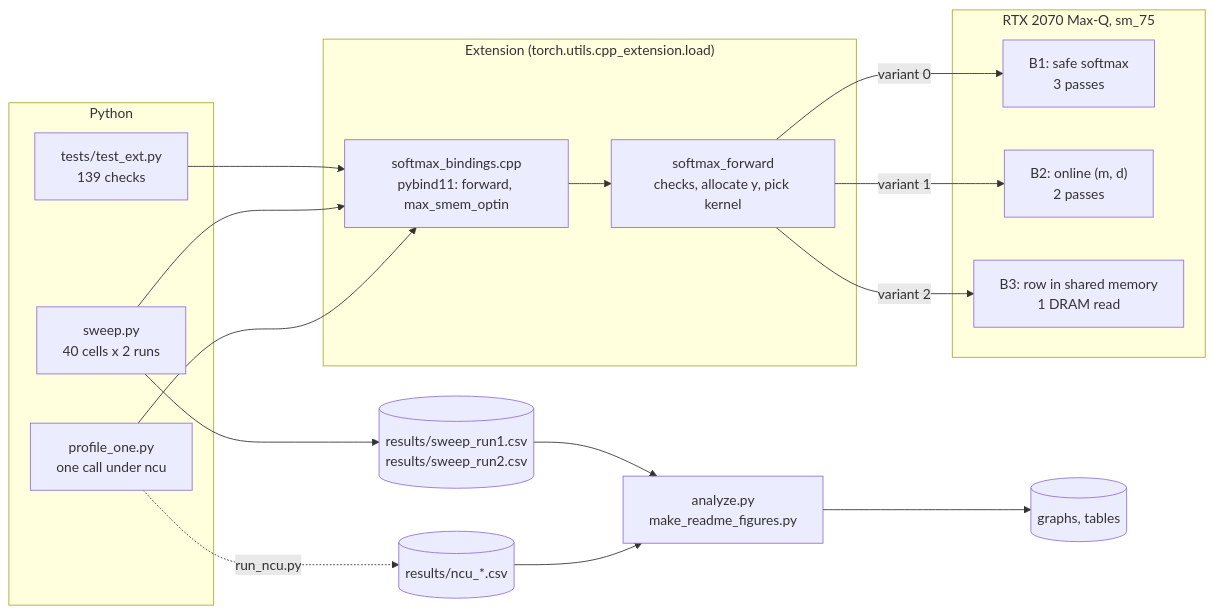
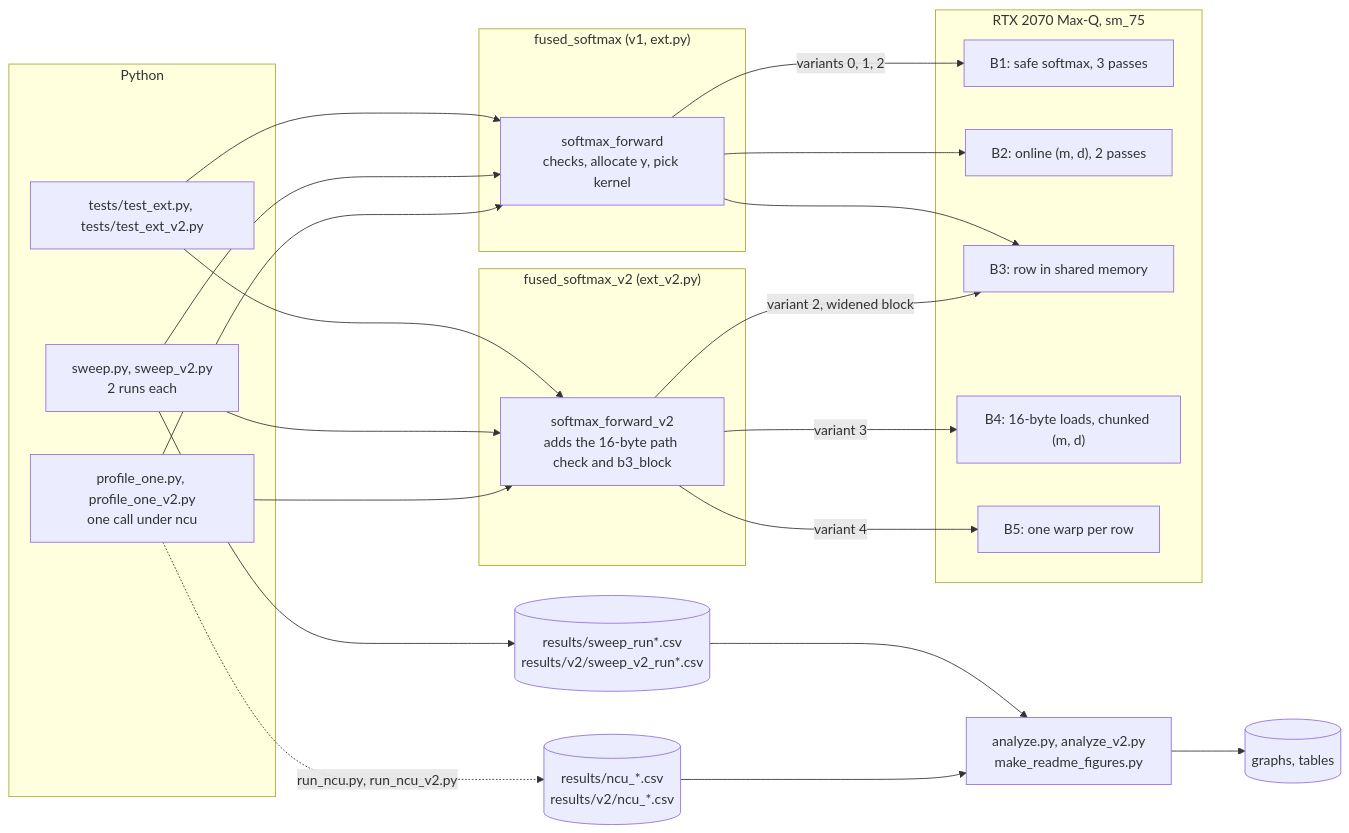
The first of 2 diagrams in README.md (Nischit290402/fused-online-softmax-cuda), drawn with Mermaid before and after one commit. The commit also changed other lines of this file and 17 other files, not shown here.

````diff
--- a/README.md
+++ b/README.md
@@ -38,29 +40,38 @@
 ```mermaid
 flowchart LR
     subgraph PY["Python"]
-        T["tests/test_ext.py<br/>139 checks"]
-        SW["sweep.py<br/>40 cells x 2 runs"]
-        PO["profile_one.py<br/>one call under ncu"]
+        T["tests/test_ext.py, tests/test_ext_v2.py"]
+        SW["sweep.py, sweep_v2.py<br/>2 runs each"]
+        PO["profile_one.py, profile_one_v2.py<br/>one call under ncu"]
     end
-    subgraph EXT["Extension (torch.utils.cpp_extension.load)"]
-        B["softmax_bindings.cpp<br/>pybind11: forward, max_smem_optin"]
-        F["softmax_forward<br/>checks, allocate y, pick kernel"]
+    subgraph EXT1["fused_softmax (v1, ext.py)"]
+        F1["softmax_forward<br/>checks, allocate y, pick kernel"]
+    end
+    subgraph EXT2["fused_softmax_v2 (ext_v2.py)"]
+        F2["softmax_forward_v2<br/>adds the 16-byte path check and b3_block"]
     end
     subgraph GPU["RTX 2070 Max-Q, sm_75"]
-        K1["B1: safe softmax<br/>3 passes"]
-        K2["B2: online (m, d)<br/>2 passes"]
-        K3["B3: row in shared memory<br/>1 DRAM read"]
+        K1["B1: safe softmax, 3 passes"]
+        K2["B2: online (m, d), 2 passes"]
+        K3["B3: row in shared memory"]
+        K4["B4: 16-byte loads, chunked (m, d)"]
+        K5["B5: one warp per row"]
     end
-    T --> B
-    SW --> B
-    PO --> B
-    B --> F
-    F -->|"variant 0"| K1
-    F -->|"variant 1"| K2
-    F -->|"variant 2"| K3
-    SW --> R1[("results/sweep_run1.csv<br/>results/sweep_run2.csv")]
-    PO -.->|"run_ncu.py"| R2[("results/ncu_*.csv")]
-    R1 --> AN["analyze.py<br/>make_readme_figures.py"]
+    T --> F1
+    T --> F2
+    SW --> F1
+    SW --> F2
+    PO --> F1
+    PO --> F2
+    F1 -->|"variants 0, 1, 2"| K1
+    F1 --> K2
+    F1 --> K3
+    F2 -->|"variant 2, widened block"| K3
+    F2 -->|"variant 3"| K4
+    F2 -->|"variant 4"| K5
+    SW --> R1[("results/sweep_run*.csv<br/>results/v2/sweep_v2_run*.csv")]
+    PO -.->|"run_ncu.py, run_ncu_v2.py"| R2[("results/ncu_*.csv<br/>results/v2/ncu_*.csv")]
+    R1 --> AN["analyze.py, analyze_v2.py<br/>make_readme_figures.py"]
     R2 --> AN
     AN --> G[("graphs, tables")]
 ```
````
